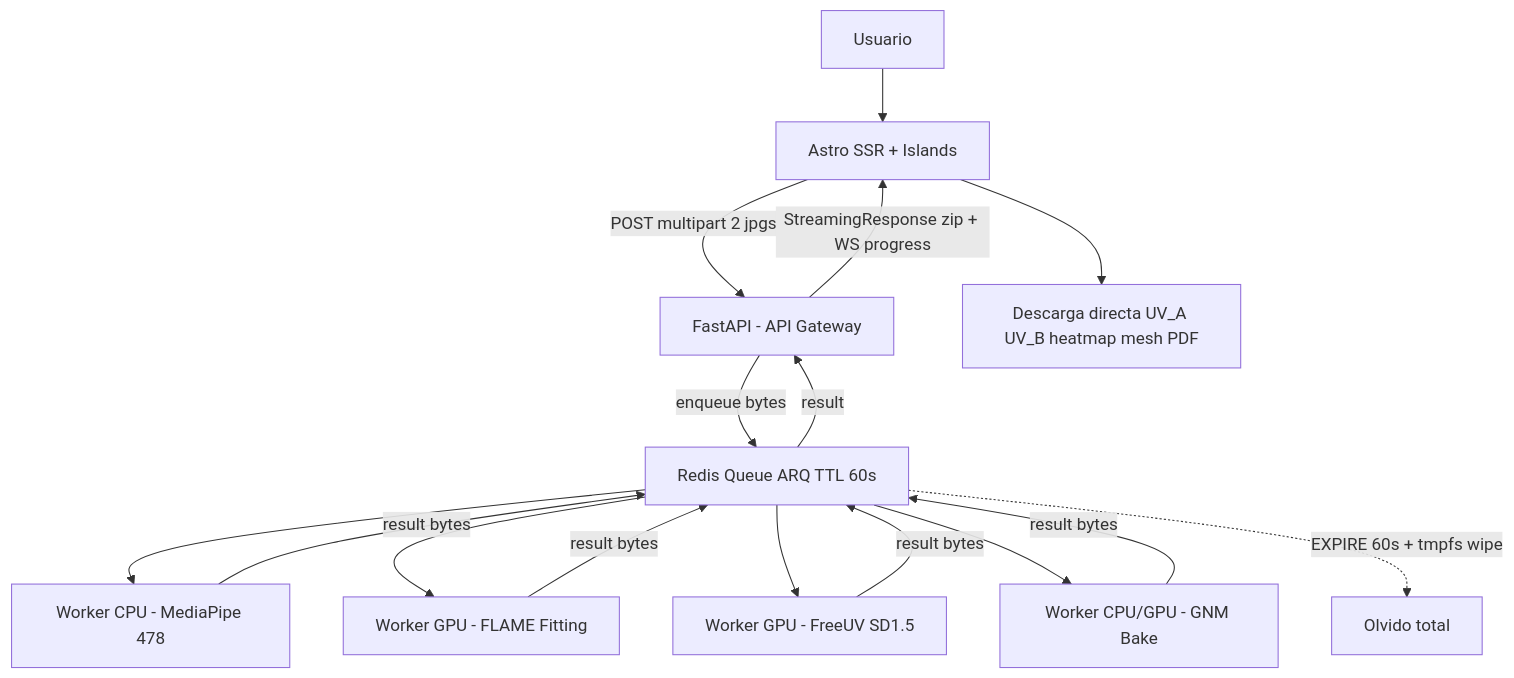
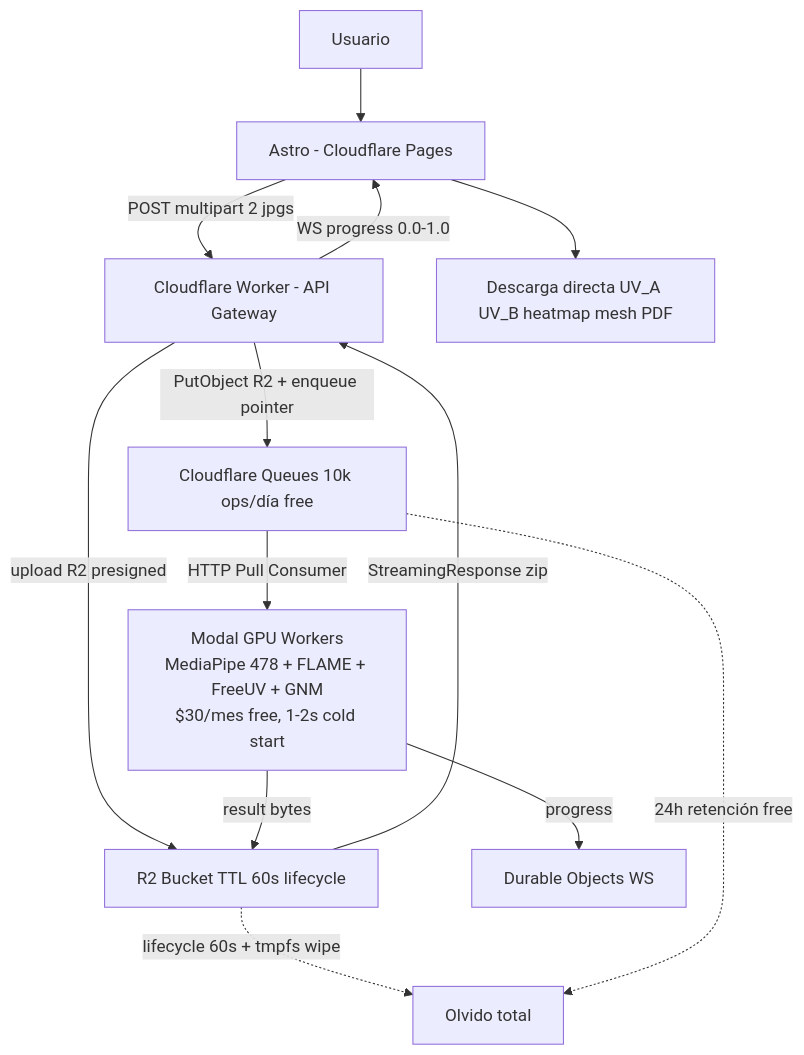
The diagram in ROADMAP.md (dinoesau/vultus), drawn with Mermaid before and after one commit. The commit also changed other lines of this file and 7 other files, not shown here.

First line of the commit message:
feat(infra): adopt Cloudflare + Modal hybrid infrastructure

````diff
--- a/ROADMAP.md
+++ b/ROADMAP.md
@@ -23,15 +25,15 @@
 ```mermaid
 graph TB
-    U[Usuario] --> FE[Astro SSR + Islands]
-    FE -- POST multipart 2 jpgs --> API[FastAPI - API Gateway]
-    API -- enqueue bytes --> Q[Redis Queue ARQ TTL 60s]
-    Q --> WC[Worker CPU - MediaPipe 478]
-    Q --> WF[Worker GPU - FLAME Fitting]
-    Q --> WU[Worker GPU - FreeUV SD1.5]
-    Q --> WG[Worker CPU/GPU - GNM Bake]
-    WC & WF & WU & WG -- result bytes --> Q
-    Q -- result --> API
-    API -- StreamingResponse zip + WS progress --> FE
+    U[Usuario] --> FE[Astro - Cloudflare Pages]
+    FE -- POST multipart 2 jpgs --> CF[Cloudflare Worker - API Gateway]
+    CF -- PutObject R2 + enqueue pointer --> Q[Cloudflare Queues 10k ops/día free]
+    CF -- upload R2 presigned --> R2[R2 Bucket TTL 60s lifecycle]
+    Q -- HTTP Pull Consumer --> MO[Modal GPU Workers<br/>MediaPipe 478 + FLAME + FreeUV + GNM<br/>$30/mes free, 1-2s cold start]
+    MO -- result bytes --> R2
+    MO -- progress --> DO[Durable Objects WS]
+    R2 -- StreamingResponse zip --> CF
+    CF -- WS progress 0.0-1.0 --> FE
     FE --> DL[Descarga directa UV_A UV_B heatmap mesh PDF]
-    Q -. EXPIRE 60s + tmpfs wipe .-> X[Olvido total]
+    R2 -. lifecycle 60s + tmpfs wipe .-> X[Olvido total]
+    Q -. 24h retención free .-> X
 ```
````
